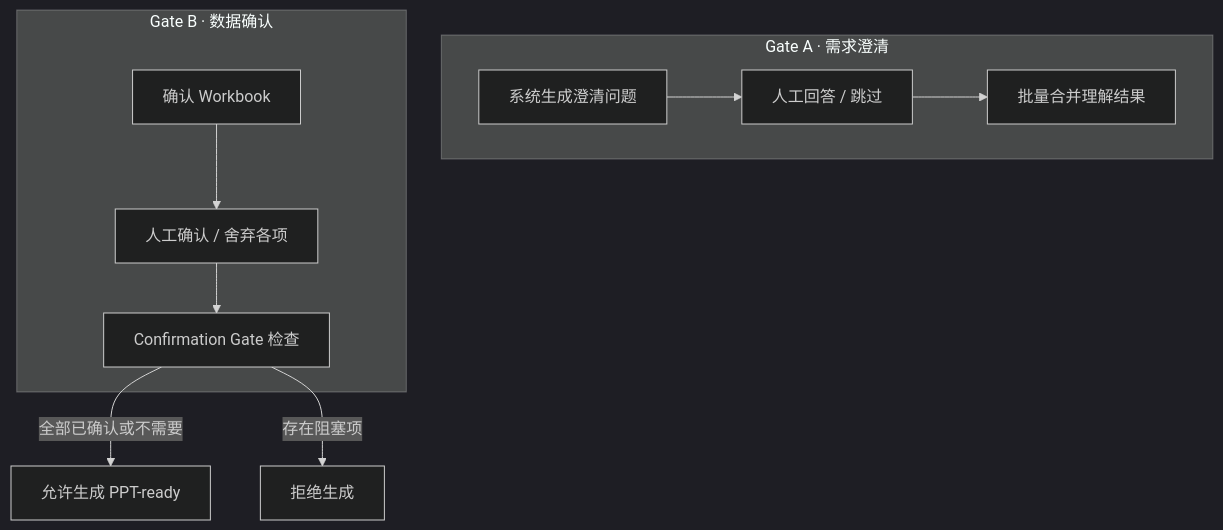
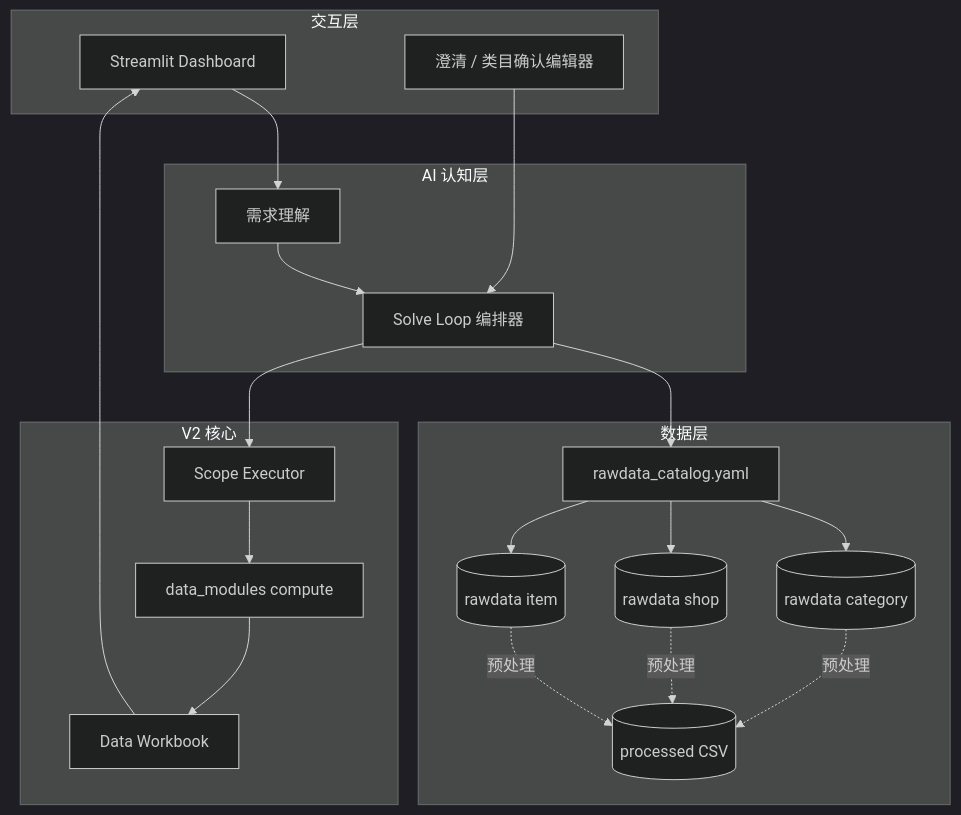
The second of 2 diagrams in README.md (coco20020806/CateMate-Version-1.0-), drawn with Mermaid (dark theme) before and after one commit. The commit also changed other lines of this file and 139 other files, not shown here.

Commit message:
feat(v2): Solve Loop pipeline, executable modules, and updated GitHub README.

````diff
--- a/README.md
+++ b/README.md
@@ -126,19 +180,34 @@
 ```mermaid
 flowchart TB
-  subgraph gateA [Gate A · 需求澄清]
-    Q[系统生成澄清问题]
-    H1[人工回答 / 跳过]
-    M[批量合并理解结果]
+  subgraph ui [交互层]
+    ST[Streamlit Dashboard]
+    CE[澄清 / 类目确认编辑器]
   end
 
-  subgraph gateB [Gate B · 数据确认]
-    W[确认 Workbook]
-    H2[人工确认 / 舍弃各项]
-    C[Confirmation Gate 检查]
+  subgraph cognition [AI 认知层]
+    UG[需求理解]
+    SL[Solve Loop 编排器]
   end
 
-  Q --> H1 --> M
-  W --> H2 --> C
-  C -->|全部已确认或不需要| OK[允许生成 PPT-ready]
-  C -->|存在阻塞项| BLOCK[拒绝生成]
+  subgraph data [数据层]
+    CAT[(rawdata category)]
+    SHOP[(rawdata shop)]
+    ITEM[(rawdata item)]
+    CATALOG[rawdata_catalog.yaml]
+    PROC[(processed CSV)]
+  end
+
+  subgraph v2core [V2 核心]
+    SC[Scope Executor]
+    DM[data_modules compute]
+    DWB[Data Workbook]
+  end
+
+  ST --> UG --> SL
+  SL --> CATALOG
+  CATALOG --> CAT & SHOP & ITEM
+  CAT & SHOP & ITEM -.预处理.-> PROC
+  SL --> SC --> DM --> DWB
+  CE --> SL
+  DWB --> ST
 ```
````
